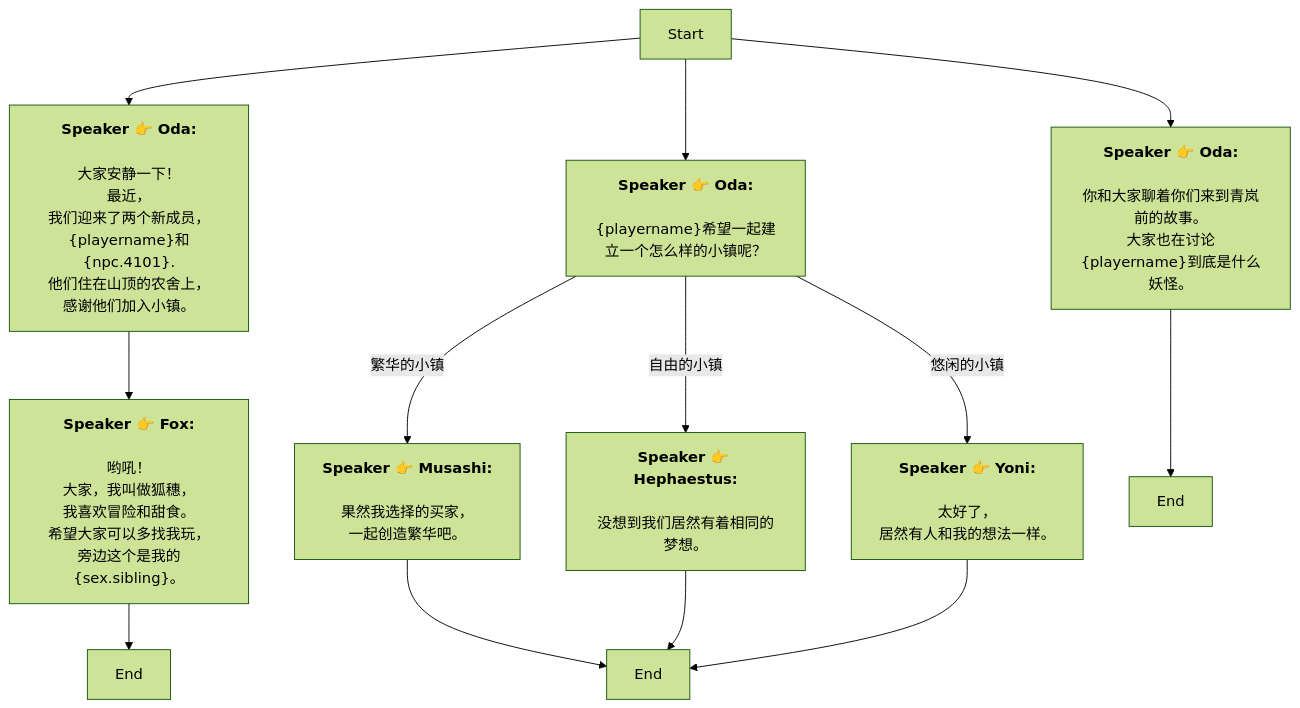
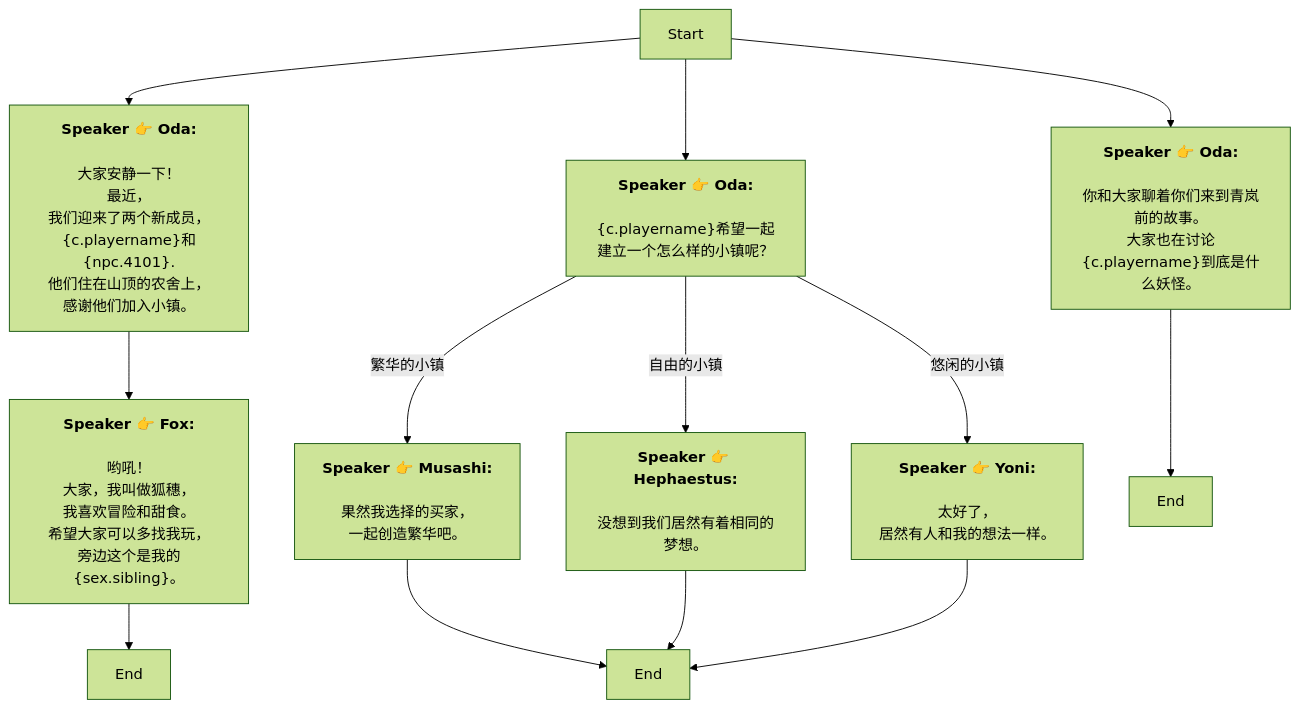
The diagram in Zh/MainStory_dialogue_02.md (SoftHu/tos_avg), drawn with Mermaid (forest theme) before and after one commit. The commit also changed 410 other files, not shown here.

````diff
--- a/Zh/MainStory_dialogue_02.md
+++ b/Zh/MainStory_dialogue_02.md
@@ -1,31 +1,31 @@
 ```mermaid
 graph
 Start -->1758978700966534[<b>Speaker 👉 Oda:</b>
 \n大家安静一下！\n最近，
 我们迎来了两个新成员，
-&lbrace;playername&rbrace;和&lbrace;npc.4101&rbrace;.\n他们住在山顶的农舍上，
+&lbrace;c.playername&rbrace;和&lbrace;npc.4101&rbrace;.\n他们住在山顶的农舍上，
 感谢他们加入小镇。]
 1758978700966534 -->1758988547395240[<b>Speaker 👉 Fox:</b>
 \n哟吼！
 大家，我叫做狐穗，
 我喜欢冒险和甜食。\n希望大家可以多找我玩，
 旁边这个是我的&lbrace;sex.sibling&rbrace;。]
 1758988547395240 -->1758988331295399[End]
 Start -->1758987591518858[<b>Speaker 👉 Oda:</b>
-\n&lbrace;playername&rbrace;希望一起建立一个怎么样的小镇呢？]
+\n&lbrace;c.playername&rbrace;希望一起建立一个怎么样的小镇呢？]
 1758987591518858 -->|繁华的小镇|1758987649910418[<b>Speaker 👉 Musashi:</b>
 \n果然我选择的买家，
 一起创造繁华吧。]
 1758987591518858 -->|自由的小镇|1758987690209939[<b>Speaker 👉 Hephaestus:</b>
 \n没想到我们居然有着相同的梦想。]
 1758987591518858 -->|悠闲的小镇|1758987694775956[<b>Speaker 👉 Yoni:</b>
 \n太好了，
 居然有人和我的想法一样。]
 1758987649910418 -->1758987782295191[End]
 1758987690209939 -->1758987782295191[End]
 1758987694775956 -->1758987782295191[End]
 Start -->1758989698507443[<b>Speaker 👉 Oda:</b>
-\n你和大家聊着你们来到青岚前的故事。\n大家也在讨论&lbrace;playername&rbrace;到底是什么妖怪。]
+\n你和大家聊着你们来到青岚前的故事。\n大家也在讨论&lbrace;c.playername&rbrace;到底是什么妖怪。]
 1758989698507443 -->1758989730576052[End]
 
 ```
````
